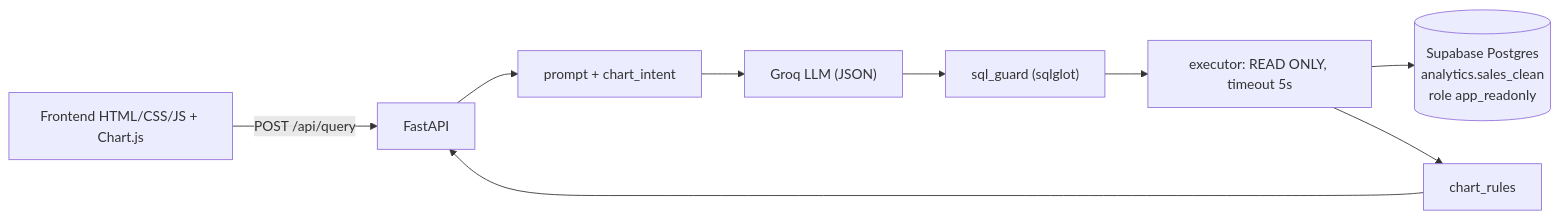
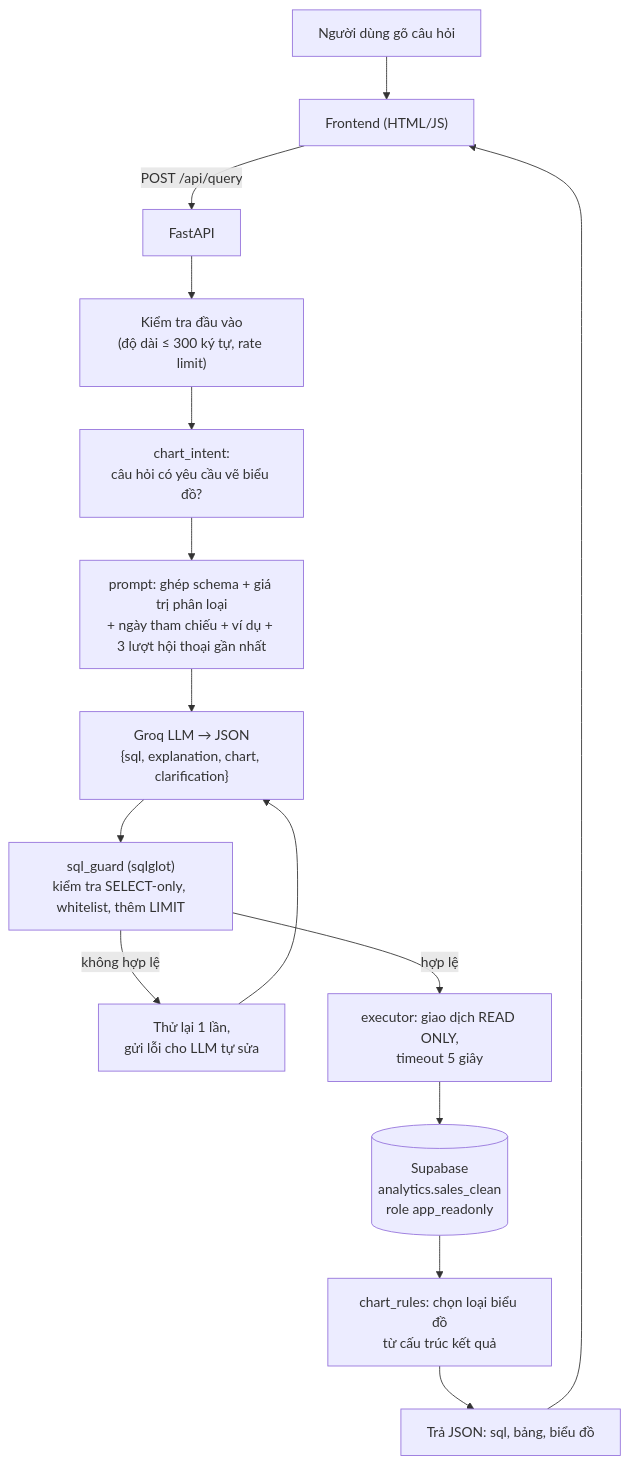
Before and after one commit to anhthu1205/AI-Web: the diagram in README.md, drawn with Mermaid. The commit also changed other lines of this file, not shown here.

First line of the commit message:
docs: viết lại README (công cụ, luồng hoạt động, lý thuyết LLM và Text-to-SQL)

````diff
--- a/README.md
+++ b/README.md
@@ -7,10 +55,17 @@
 ```mermaid
-flowchart LR
-  UI["Frontend HTML/CSS/JS + Chart.js"] -->|POST /api/query| API["FastAPI"]
-  API --> P["prompt + chart_intent"]
-  P --> LLM["Groq LLM (JSON)"]
-  LLM --> G["sql_guard (sqlglot)"]
-  G --> X["executor: READ ONLY, timeout 5s"]
-  X --> DB[("Supabase Postgres\nanalytics.sales_clean\nrole app_readonly")]
-  X --> C["chart_rules"] --> API
+flowchart TD
+  U["Người dùng gõ câu hỏi"] --> FE["Frontend (HTML/JS)"]
+  FE -->|"POST /api/query"| API["FastAPI"]
+  API --> V["Kiểm tra đầu vào<br/>(độ dài ≤ 300 ký tự, rate limit)"]
+  V --> CI["chart_intent:<br/>câu hỏi có yêu cầu vẽ biểu đồ?"]
+  CI --> PR["prompt: ghép schema + giá trị phân loại<br/>+ ngày tham chiếu + ví dụ + 3 lượt hội thoại gần nhất"]
+  PR --> LLM["Groq LLM → JSON<br/>{sql, explanation, chart, clarification}"]
+  LLM --> G["sql_guard (sqlglot)<br/>kiểm tra SELECT-only, whitelist, thêm LIMIT"]
+  G -->|"không hợp lệ"| RT["Thử lại 1 lần,<br/>gửi lỗi cho LLM tự sửa"]
+  RT --> LLM
+  G -->|"hợp lệ"| EX["executor: giao dịch READ ONLY,<br/>timeout 5 giây"]
+  EX --> DB[("Supabase<br/>analytics.sales_clean<br/>role app_readonly")]
+  DB --> CR["chart_rules: chọn loại biểu đồ<br/>từ cấu trúc kết quả"]
+  CR --> RES["Trả JSON: sql, bảng, biểu đồ"]
+  RES --> FE
 ```
````
